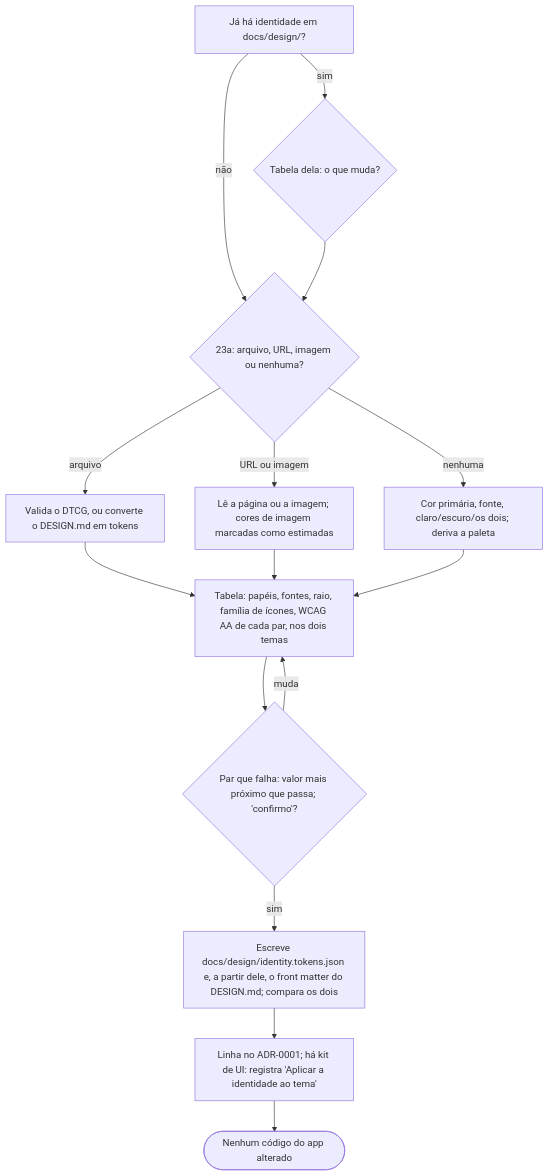
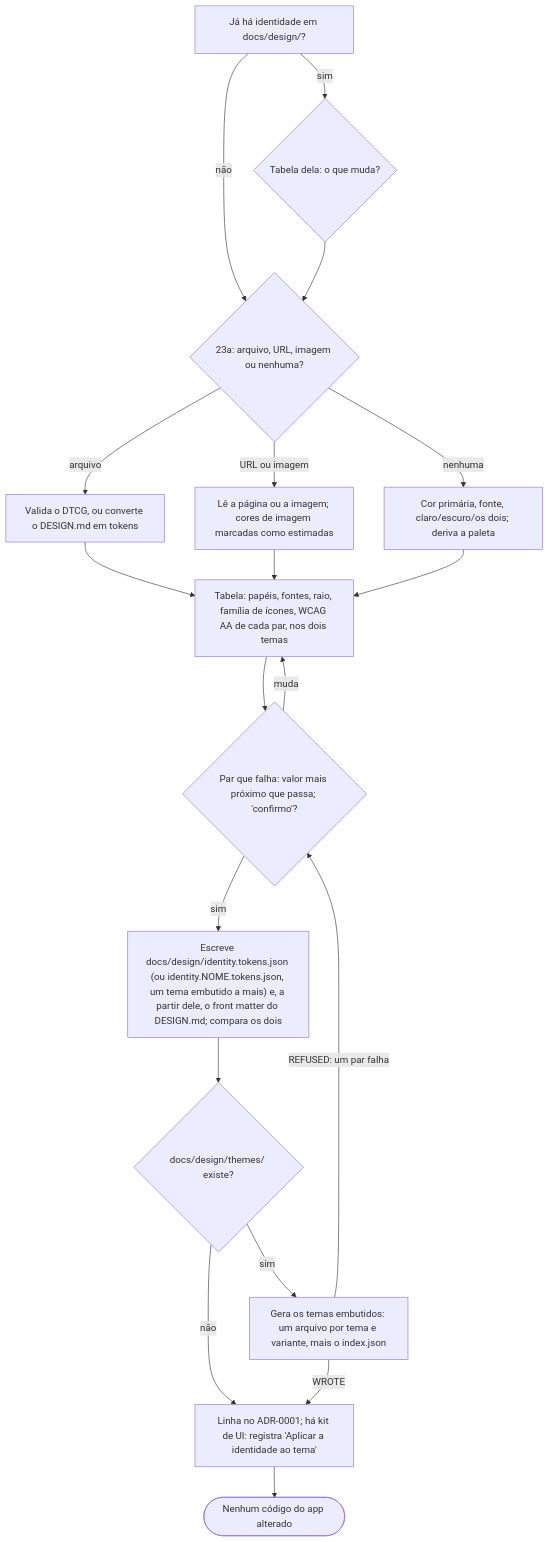
Before and after one commit to alexcanario/simulab: diagram 21 of 24 in docs/agile/workflow.pt-BR.md, drawn with Mermaid. The commit also changed other lines of this file and 9 other files, not shown here.

````diff
--- a/docs/agile/workflow.pt-BR.md
+++ b/docs/agile/workflow.pt-BR.md
@@ -1275,17 +1287,21 @@
 ```mermaid
 flowchart TD
     A["Já há identidade em docs/design/?"] -->|sim| A1{"Tabela dela: o que muda?"}
     A -->|não| B{"23a: arquivo, URL, imagem ou nenhuma?"}
     A1 --> B
     B -->|arquivo| C["Valida o DTCG, ou converte o DESIGN.md em tokens"]
     B -->|URL ou imagem| D["Lê a página ou a imagem; cores de imagem marcadas como estimadas"]
     B -->|nenhuma| E["Cor primária, fonte, claro/escuro/os dois; deriva a paleta"]
     C --> F["Tabela: papéis, fontes, raio, família de ícones, WCAG AA de cada par, nos dois temas"]
     D --> F
     E --> F
     F --> G{"Par que falha: valor mais próximo que passa; 'confirmo'?"}
     G -->|muda| F
-    G -->|sim| H["Escreve docs/design/identity.tokens.json e, a partir dele, o front matter do DESIGN.md; compara os dois"]
-    H --> I["Linha no ADR-0001; há kit de UI: registra 'Aplicar a identidade ao tema'"]
+    G -->|sim| H["Escreve docs/design/identity.tokens.json (ou identity.NOME.tokens.json, um tema embutido a mais) e, a partir dele, o front matter do DESIGN.md; compara os dois"]
+    H --> T{"docs/design/themes/ existe?"}
+    T -->|sim| W["Gera os temas embutidos: um arquivo por tema e variante, mais o index.json"]
+    W -->|"REFUSED: um par falha"| G
+    T -->|não| I["Linha no ADR-0001; há kit de UI: registra 'Aplicar a identidade ao tema'"]
+    W -->|WROTE| I
     I --> J(["Nenhum código do app alterado"])
 ```
````
